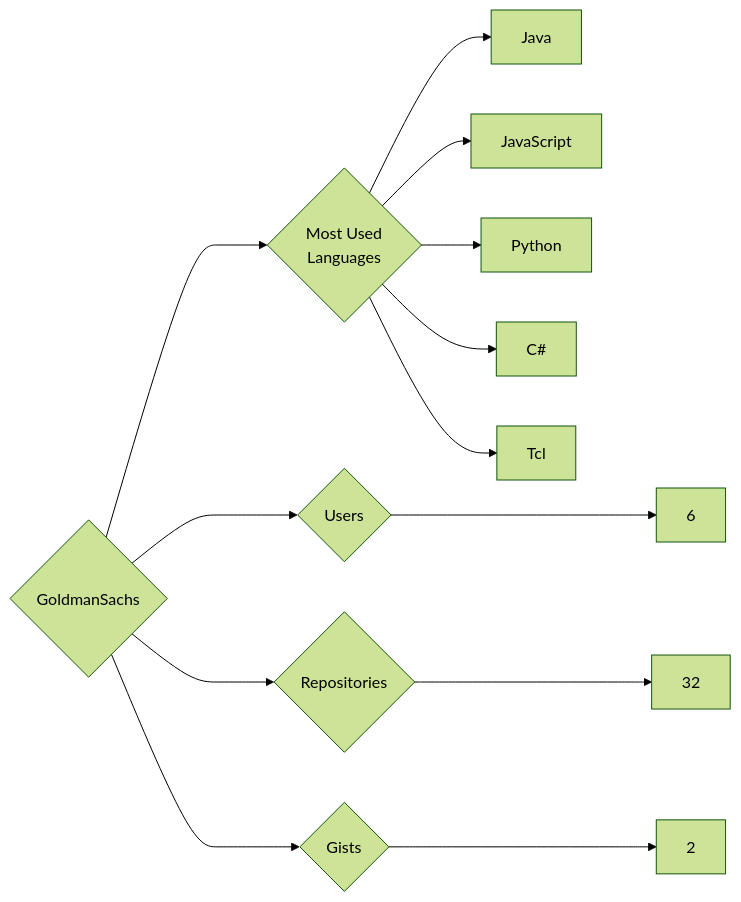
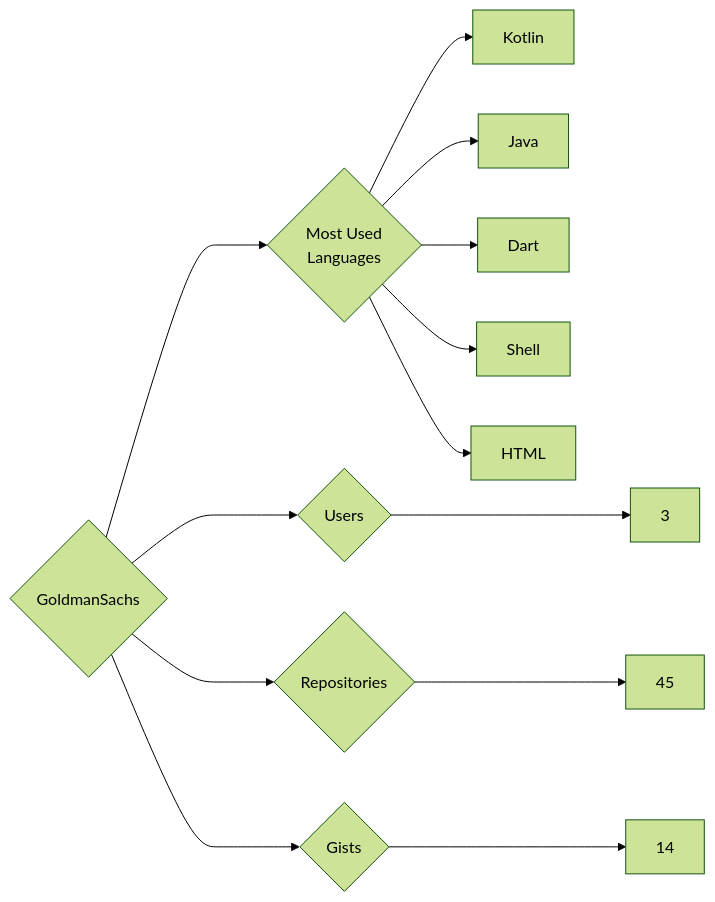
The diagram in targets/GoldmanSachs/README.md (trickest/insiders), drawn with Mermaid (forest theme) before and after one commit. The commit also changed 993 other files, not shown here.

````diff
--- a/targets/GoldmanSachs/README.md
+++ b/targets/GoldmanSachs/README.md
@@ -3,13 +3,13 @@
 ```mermaid
 graph LR
 COMPANY_NAME{GoldmanSachs}
-COMPANY_NAME ---> U{Users} ---> UN[6]
-COMPANY_NAME ---> R{Repositories} ---> RN[32]
-COMPANY_NAME ---> G{Gists} ---> GN[2]
+COMPANY_NAME ---> U{Users} ---> UN[3]
+COMPANY_NAME ---> R{Repositories} ---> RN[45]
+COMPANY_NAME ---> G{Gists} ---> GN[14]
 COMPANY_NAME ---> ML{Most Used<br>Languages}
+ML --> Kotlin[Kotlin]
 ML --> Java[Java]
-ML --> JavaScript[JavaScript]
-ML --> Python[Python]
-ML --> C#[C#]
-ML --> Tcl[Tcl]
+ML --> Dart[Dart]
+ML --> Shell[Shell]
+ML --> HTML[HTML]
 ```
````
